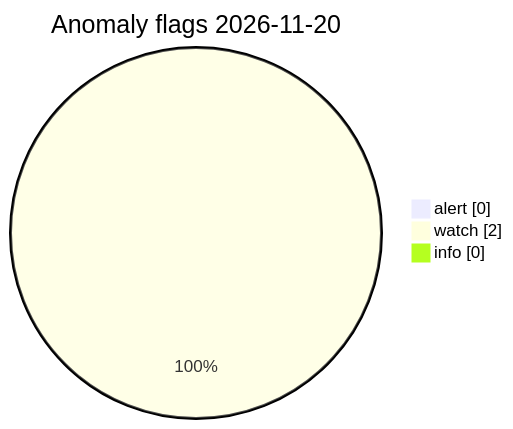
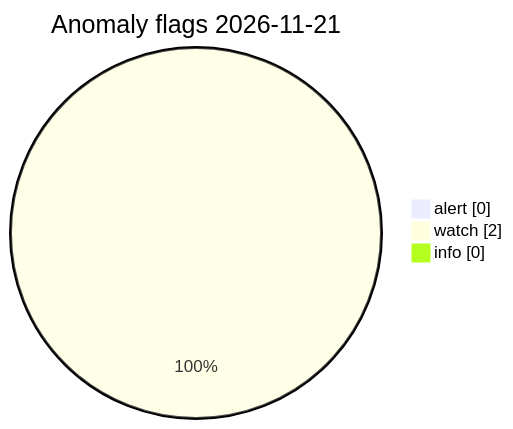
One commit to Midwest-Stratospheric/Unified-Open-Global-Weather changed the diagram in visuals/latest/CHARTS.md. Above: the diagram before and after it, drawn with Mermaid. The commit also changed other lines of this file and 23 other files, not shown here.

Commit message:
data(visuals): automated charts 2026-11-21T13:09Z

````diff
--- a/visuals/latest/CHARTS.md
+++ b/visuals/latest/CHARTS.md
@@ -73,7 +73,7 @@
 ```mermaid
 pie showData
-  title Anomaly flags 2026-11-20
+  title Anomaly flags 2026-11-21
   "alert" : 0
   "watch" : 2
   "info" : 0
 ```
````
